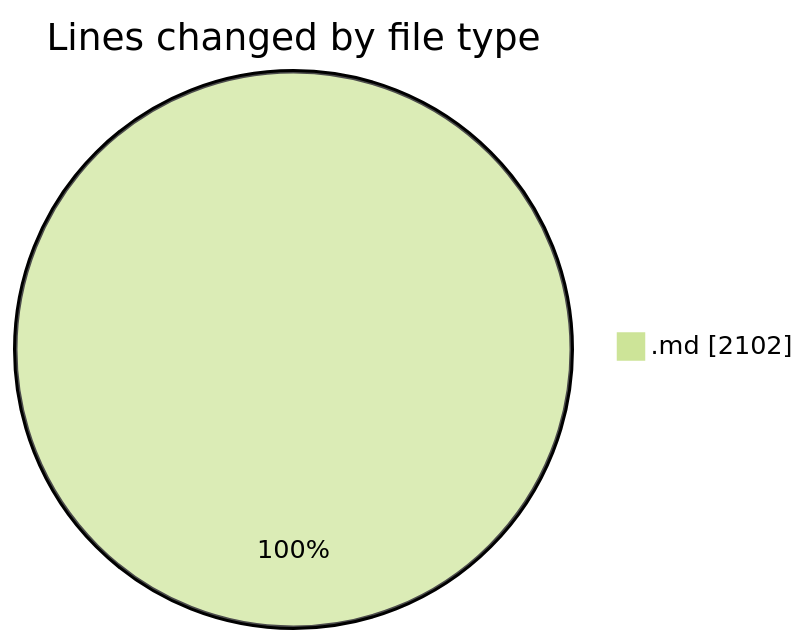
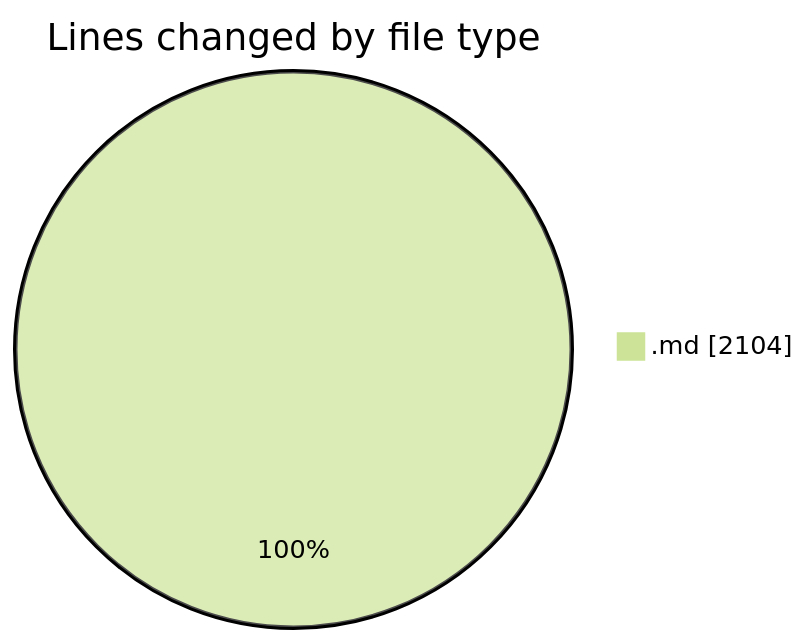
One commit to Ritupan-Deka/code-tracking changed the first of 2 diagrams in 2025-07-07/urlwebwala_intership_work/README.md. Above: the diagram before and after it, drawn with Mermaid (forest theme). The commit also changed other lines of this file and 1 other file, not shown here.

````diff
--- a/2025-07-07/urlwebwala_intership_work/README.md
+++ b/2025-07-07/urlwebwala_intership_work/README.md
@@ -22,5 +22,5 @@
 ```mermaid
 pie showData
 title Lines changed by file type
-".md" : 2102
+".md" : 2104
 ```
````
